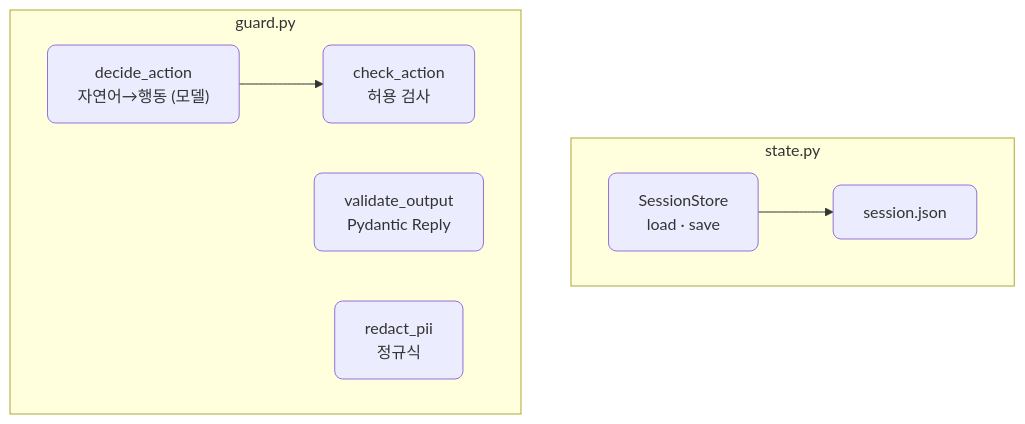
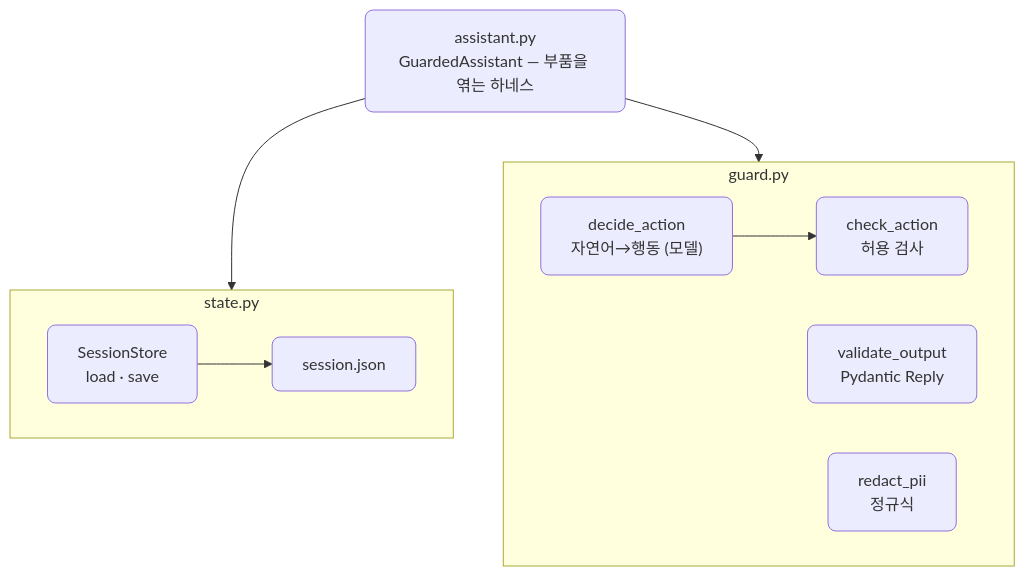
One commit to CodeCompose7/ai_service_engineering changed the fifth of 5 diagrams in docs/section4/lec03/README.md. Above: the diagram before and after it, drawn with Mermaid. The commit also changed other lines of this file and 2 other files, not shown here.

First line of the commit message:
lec03: state·guard를 끼운 하네스 예제 assistant.py 추가

````diff
--- a/docs/section4/lec03/README.md
+++ b/docs/section4/lec03/README.md
@@ -150,12 +166,15 @@
 ```mermaid
 flowchart TB
+  ASST["assistant.py<br/>GuardedAssistant — 부품을 엮는 하네스"]
+  ASST --> STATE
+  ASST --> GUARD
   subgraph STATE["state.py"]
     SS["SessionStore<br/>load · save"] --> JSON["session.json"]
   end
   subgraph GUARD["guard.py"]
     DA["decide_action<br/>자연어→행동 (모델)"] --> CA["check_action<br/>허용 검사"]
     VO["validate_output<br/>Pydantic Reply"]
     RP["redact_pii<br/>정규식"]
   end
   classDef default rx:8,ry:8;
 ```
````
